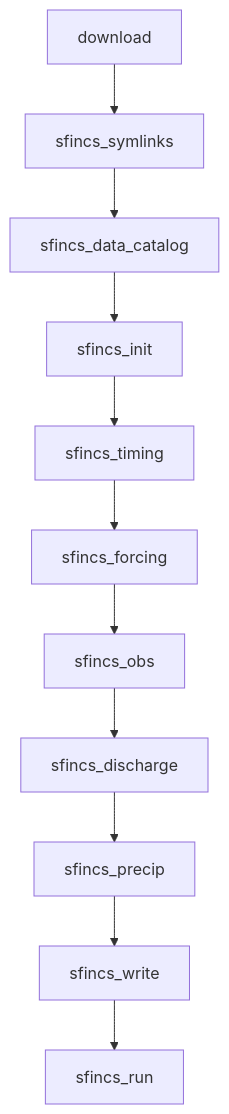
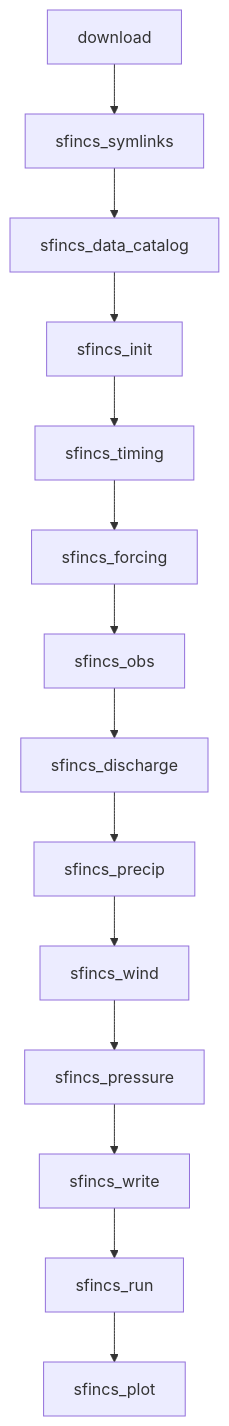
One commit to NGWPC/nwm-coastal changed the second of 2 diagrams in docs/user-guide/workflow-stages.md. Above: the diagram before and after it, drawn with Mermaid. The commit also changed other lines of this file and 6 other files, not shown here.

````diff
--- a/docs/user-guide/workflow-stages.md
+++ b/docs/user-guide/workflow-stages.md
@@ -25,13 +31,16 @@
 ```mermaid
 flowchart TD
     A[download] --> B[sfincs_symlinks]
     B --> C[sfincs_data_catalog]
     C --> D[sfincs_init]
     D --> E[sfincs_timing]
     E --> F[sfincs_forcing]
     F --> G[sfincs_obs]
     G --> H[sfincs_discharge]
     H --> I[sfincs_precip]
-    I --> J[sfincs_write]
-    J --> K[sfincs_run]
+    I --> J[sfincs_wind]
+    J --> K[sfincs_pressure]
+    K --> L[sfincs_write]
+    L --> M[sfincs_run]
+    M --> N[sfincs_plot]
 ```
````
